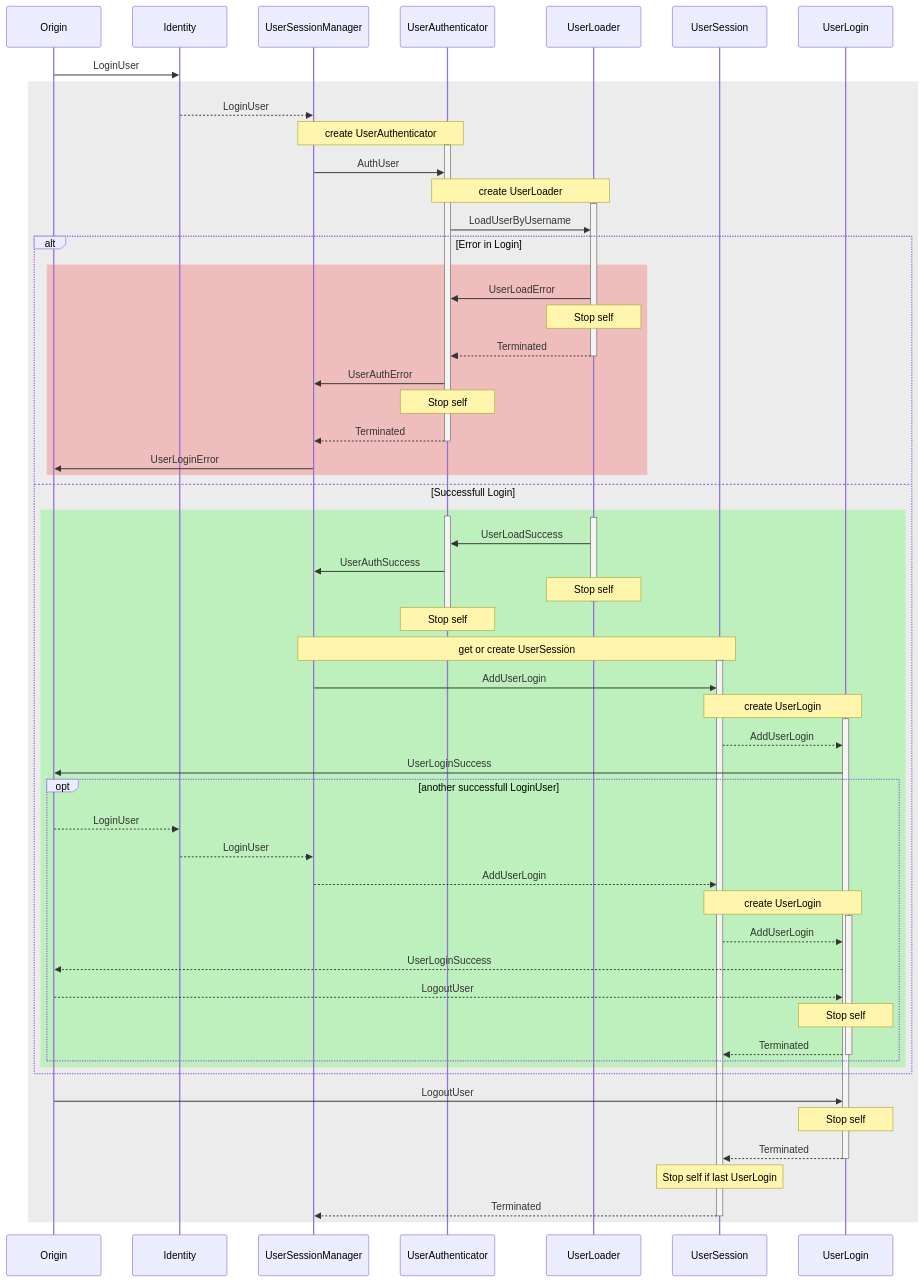
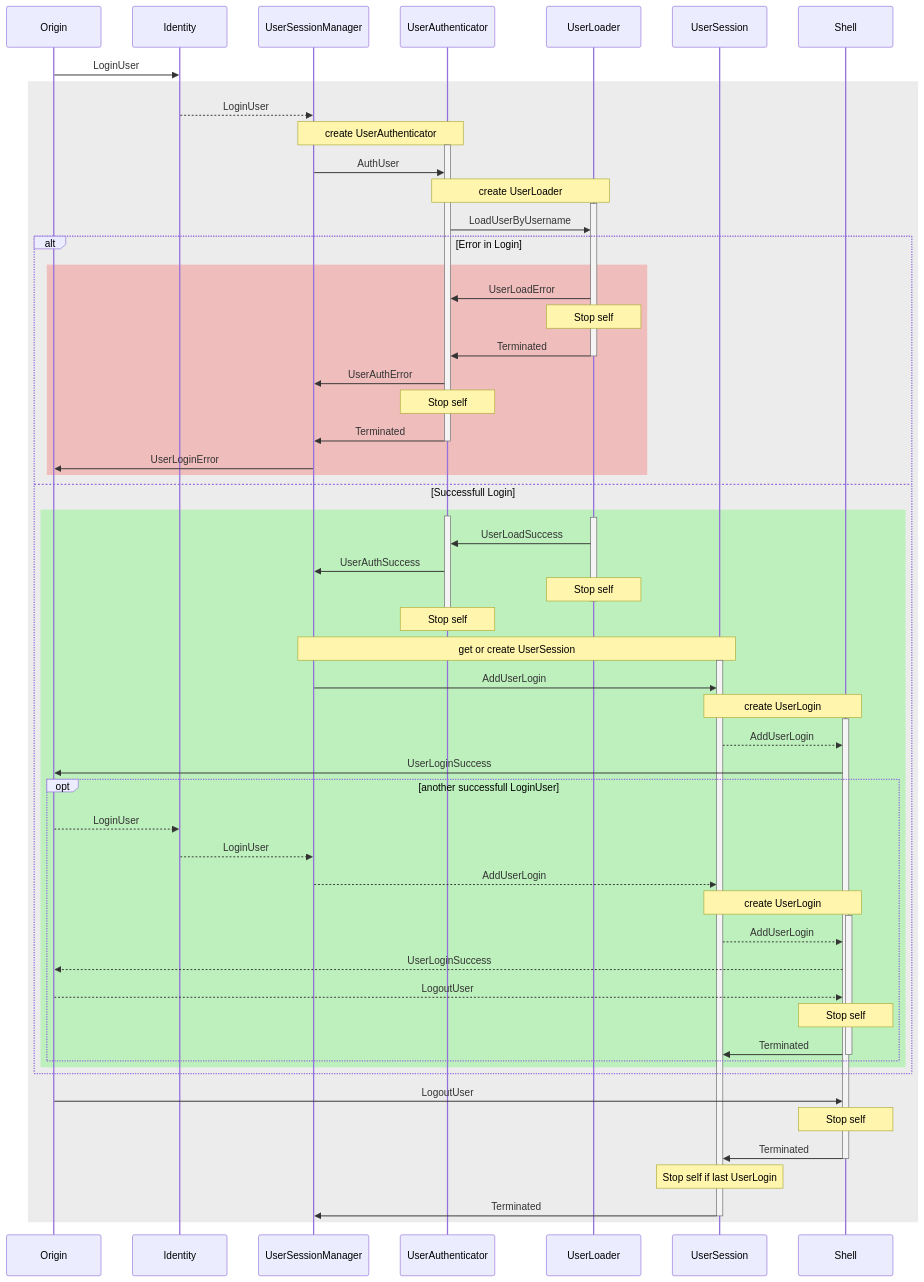
One commit to flensrocker/Actor.GameHub changed the diagram in src/Actor.GameHub.Identity.Abstractions/identity-model.mmd. Above: the diagram before and after it, drawn with Mermaid. The commit also changed 5 other files, not shown here.

Commit message:
rename UserLoginActor to ShellActor

```diff
--- a/src/Actor.GameHub.Identity.Abstractions/identity-model.mmd
+++ b/src/Actor.GameHub.Identity.Abstractions/identity-model.mmd
@@ -1,70 +1,70 @@
 sequenceDiagram
   participant o as Origin
   participant id as Identity
   participant usm as UserSessionManager
   participant au as UserAuthenticator
   participant lo as UserLoader
   participant us as UserSession
-  participant ul as UserLogin
+  participant sh as Shell
 
   o->>id:LoginUser
   rect rgba(160, 160, 160, .2)
     id-->>usm:LoginUser
     Note over usm,au:create UserAuthenticator
     activate au
     usm->>au:AuthUser
     Note over au,lo:create UserLoader
     activate lo
     au->>lo:LoadUserByUsername
     alt Error in Login
       rect rgba(255, 0, 0, .2)
         lo->>au:UserLoadError
         Note over lo:Stop self
-        lo-->>au:Terminated
+        lo->>au:Terminated
         deactivate lo
         au->>usm:UserAuthError
         Note over au:Stop self
-        au-->>usm:Terminated
+        au->>usm:Terminated
         deactivate au
         usm->>o:UserLoginError
       end
     else Successfull Login
       rect rgba(0, 255, 0, .2)
         activate au
         activate lo
         lo->>au:UserLoadSuccess
         au->>usm:UserAuthSuccess
         Note over lo:Stop self
         deactivate lo
         Note over au:Stop self
         deactivate au
         Note over usm,us:get or create UserSession
         activate us
         usm->>us:AddUserLogin
-        Note over us,ul:create UserLogin
-        activate ul
-        us-->>ul:AddUserLogin
-        ul->>o:UserLoginSuccess
+        Note over us,sh:create UserLogin
+        activate sh
+        us-->>sh:AddUserLogin
+        sh->>o:UserLoginSuccess
         opt another successfull LoginUser
           o-->>id:LoginUser
           id-->>usm:LoginUser
           usm-->>us:AddUserLogin
-          Note over us,ul:create UserLogin
-          activate ul
-          us-->>ul:AddUserLogin
-          ul-->>o:UserLoginSuccess
-          o-->>ul:LogoutUser
-          Note over ul:Stop self
-          ul-->>us:Terminated
-          deactivate ul
+          Note over us,sh:create UserLogin
+          activate sh
+          us-->>sh:AddUserLogin
+          sh-->>o:UserLoginSuccess
+          o-->>sh:LogoutUser
+          Note over sh:Stop self
+          sh->>us:Terminated
+          deactivate sh
         end
       end
     end
-    o->>ul:LogoutUser
-    Note over ul:Stop self
-    ul-->>us:Terminated
-    deactivate ul
+    o->>sh:LogoutUser
+    Note over sh:Stop self
+    sh->>us:Terminated
+    deactivate sh
     Note over us:Stop self if last UserLogin
-    us-->>usm:Terminated
+    us->>usm:Terminated
     deactivate us
   end
```
